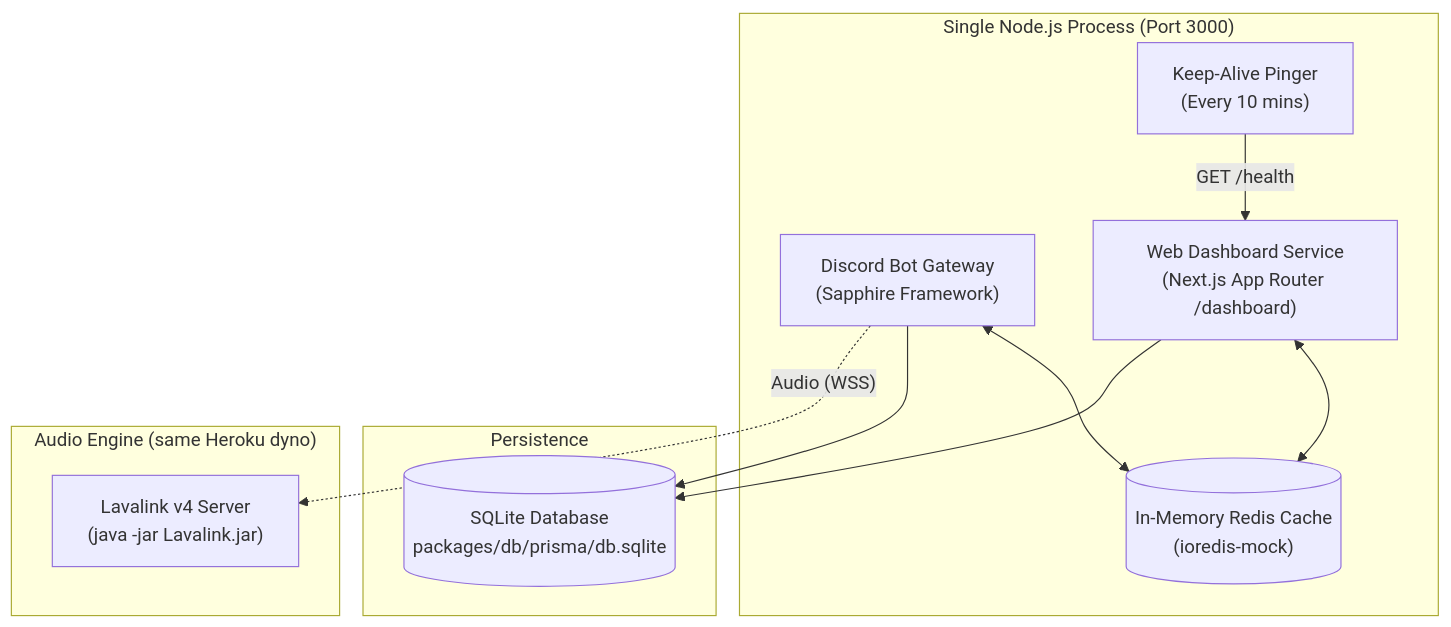
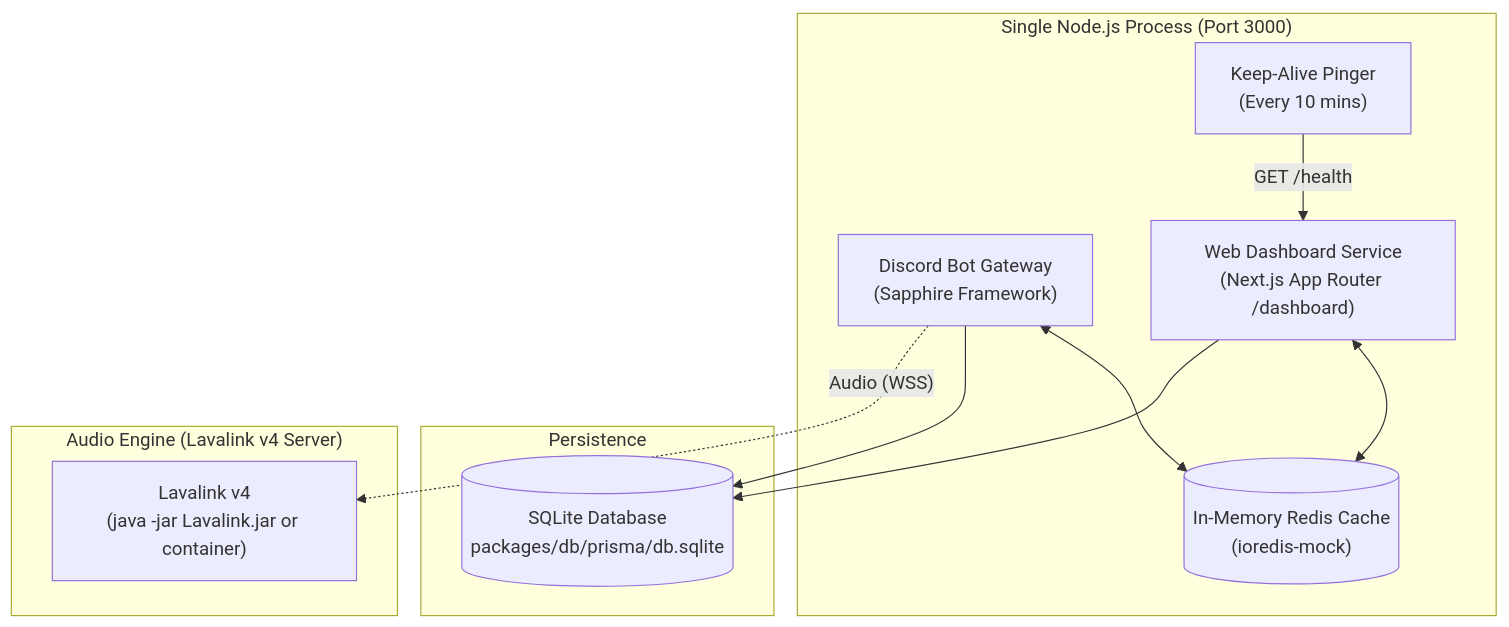
The diagram in wiki/Deployment.md (PhantomNimbi/Master-Bot), drawn with Mermaid before and after one commit. The commit also changed other lines of this file and 9 other files, not shown here.

````diff
--- a/wiki/Deployment.md
+++ b/wiki/Deployment.md
@@ -11,24 +11,24 @@
 ```mermaid
 flowchart TD
     subgraph SingleProcess ["Single Node.js Process (Port 3000)"]
         Bot["Discord Bot Gateway<br/>(Sapphire Framework)"]
         Dashboard["Web Dashboard Service<br/>(Next.js App Router /dashboard)"]
         Cache[("In-Memory Redis Cache<br/>(ioredis-mock)")]
         KeepAlive["Keep-Alive Pinger<br/>(Every 10 mins)"]
     end
 
     subgraph Storage ["Persistence"]
         DB[("SQLite Database<br/>packages/db/prisma/db.sqlite")]
     end
 
-    subgraph AudioEngine ["Audio Engine (same Heroku dyno)"]
-        Lavalink["Lavalink v4 Server<br/>(java -jar Lavalink.jar)"]
+    subgraph AudioEngine ["Audio Engine (Lavalink v4 Server)"]
+        Lavalink["Lavalink v4<br/>(java -jar Lavalink.jar or container)"]
     end
 
     Bot <--> Cache
     Dashboard <--> Cache
     Bot --> DB
     Dashboard --> DB
     Bot -.->|"Audio (WSS)"| Lavalink
     KeepAlive -->|"GET /health"| Dashboard
 ```
````
